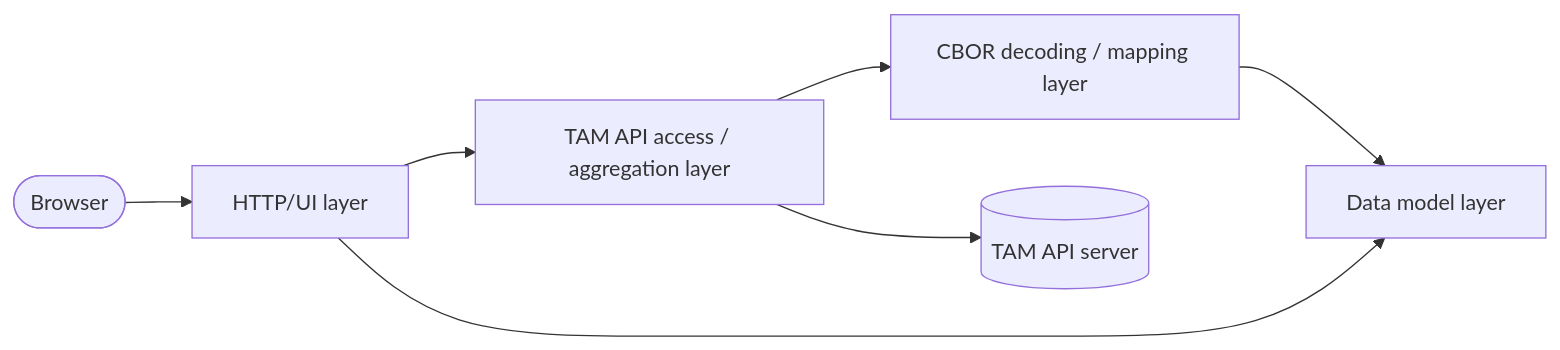
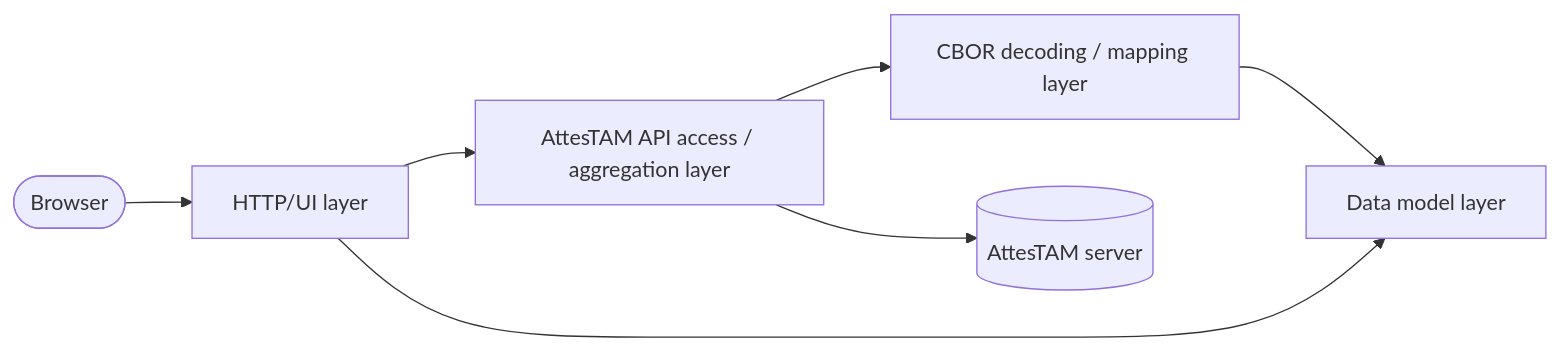
One commit to kentakayama/AttesTAM changed the diagram in doc/ADMIN_CONSOLE_INTERNAL_DESIGN.md. Above: the diagram before and after it, drawn with Mermaid. The commit also changed other lines of this file and 2 other files, not shown here.

Commit message:
Update documentation to replace "TAM" with "AttesTAM" for consistency across admin console files

````diff
--- a/doc/ADMIN_CONSOLE_INTERNAL_DESIGN.md
+++ b/doc/ADMIN_CONSOLE_INTERNAL_DESIGN.md
@@ -30,16 +30,16 @@
 ```mermaid
 flowchart LR
   Browser([Browser])
   UI["HTTP/UI layer"]
-  API["TAM API access / aggregation layer"]
+  API["AttesTAM API access / aggregation layer"]
   Codec["CBOR decoding / mapping layer"]
   Model["Data model layer"]
-  TAM[(TAM API server)]
+  TAM[("AttesTAM server")]
 
   Browser --> UI
   UI --> API
   API --> TAM
   API --> Codec
   Codec --> Model
   UI --> Model
 ```
````
